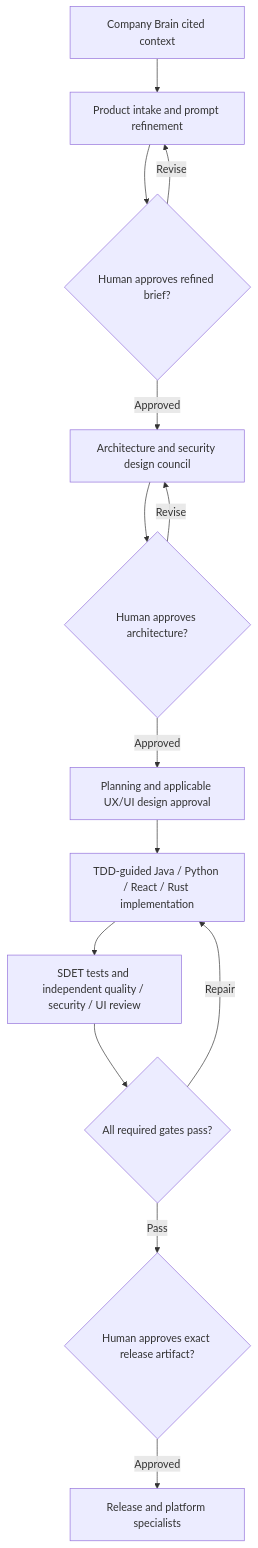
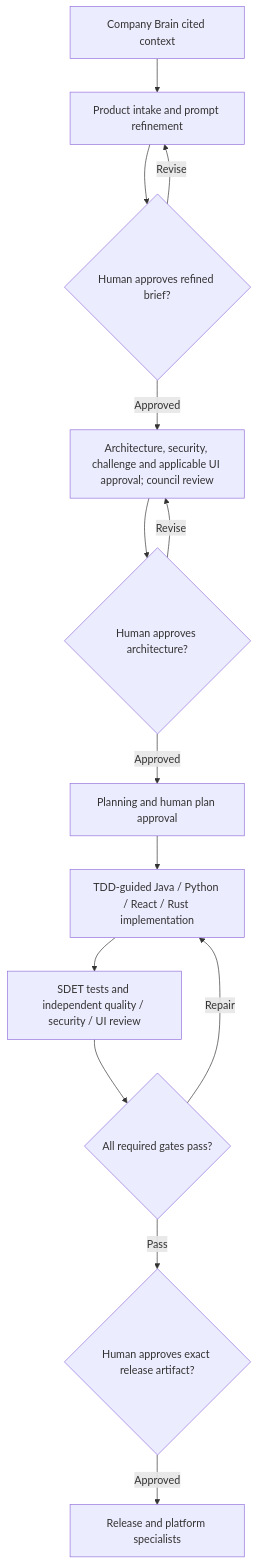
One commit to rajsriniv/software-factory changed the diagram in README.md. Above: the diagram before and after it, drawn with Mermaid. The commit also changed other lines of this file and 18 other files, not shown here.

````diff
--- a/README.md
+++ b/README.md
@@ -11,16 +11,16 @@
 ```mermaid
 flowchart TD
     K["Company Brain cited context"] --> A["Product intake and prompt refinement"]
     A --> R{"Human approves refined brief?"}
     R -- Revise --> A
-    R -- Approved --> B["Architecture and security design council"]
+    R -- Approved --> B["Architecture, security, challenge and applicable UI approval; council review"]
     B --> C{"Human approves architecture?"}
     C -- Revise --> B
-    C -- Approved --> D["Planning and applicable UX/UI design approval"]
+    C -- Approved --> D["Planning and human plan approval"]
     D --> E["TDD-guided Java / Python / React / Rust implementation"]
     E --> F["SDET tests and independent quality / security / UI review"]
     F --> G{"All required gates pass?"}
     G -- Repair --> E
     G -- Pass --> H{"Human approves exact release artifact?"}
     H -- Approved --> I["Release and platform specialists"]
 ```
````
